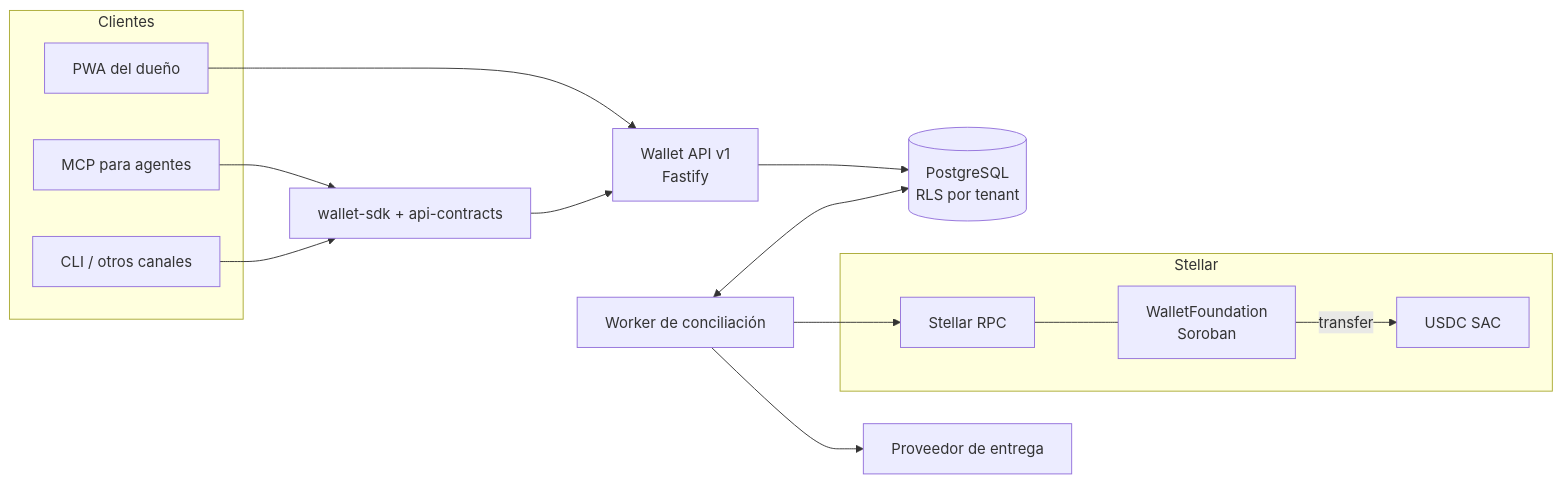
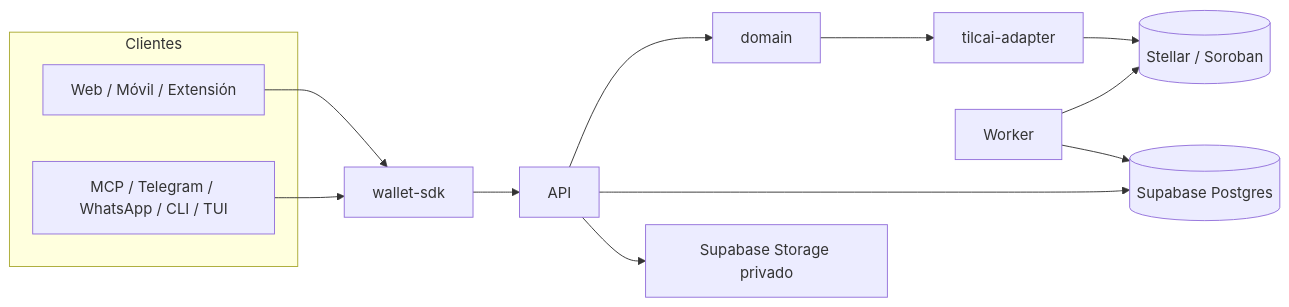
The diagram in README.md (TilcAI-Wallet/tilcai-wallet), drawn with Mermaid before and after one commit. The commit also changed other lines of this file and 1 other file, not shown here.

First line of the commit message:
Adopt main README and roadmap to resolve documentation conflicts

````diff
--- a/README.md
+++ b/README.md
@@ -73,29 +90,17 @@
 ```mermaid
 flowchart LR
   subgraph Clientes
-    PWA["PWA del dueño"]
-    MCP["MCP para agentes"]
-    CLI["CLI / otros canales"]
+    W[Web / Móvil / Extensión]
+    C[MCP / Telegram / WhatsApp / CLI / TUI]
   end
-  SDK["wallet-sdk + api-contracts"]
-  API["Wallet API v1<br/>Fastify"]
-  PG[("PostgreSQL<br/>RLS por tenant")]
-  WK["Worker de conciliación"]
-  PROV["Proveedor de entrega"]
-  subgraph Stellar
-    RPC["Stellar RPC"]
-    WF["WalletFoundation<br/>Soroban"]
-    USDC["USDC SAC"]
-  end
-
-  MCP --> SDK
-  CLI --> SDK
-  SDK --> API
-  PWA --> API
-  API --> PG
-  WK <--> PG
-  WK --> RPC
-  WK --> PROV
-  RPC --- WF
-  WF -->|transfer| USDC
+  W --> SDK[wallet-sdk]
+  C --> SDK
+  SDK --> API[API]
+  API --> D[domain]
+  API --> PG[(Supabase Postgres)]
+  API --> Storage[Supabase Storage privado]
+  D --> AD[tilcai-adapter]
+  AD --> ST[(Stellar / Soroban)]
+  WK[Worker] --> ST
+  WK --> PG
 ```
````
